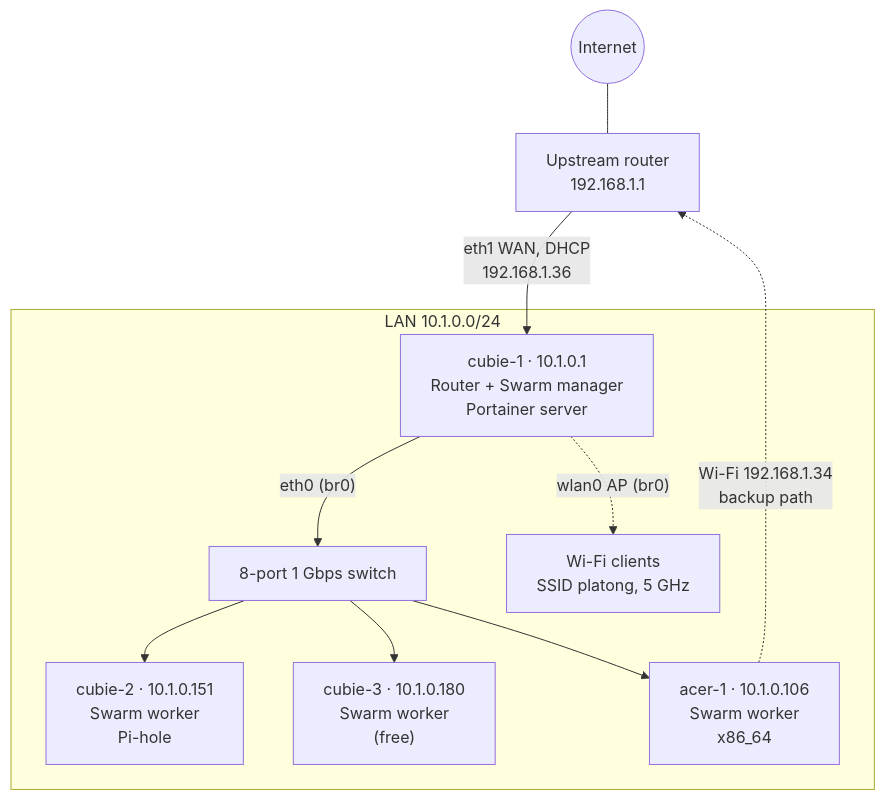
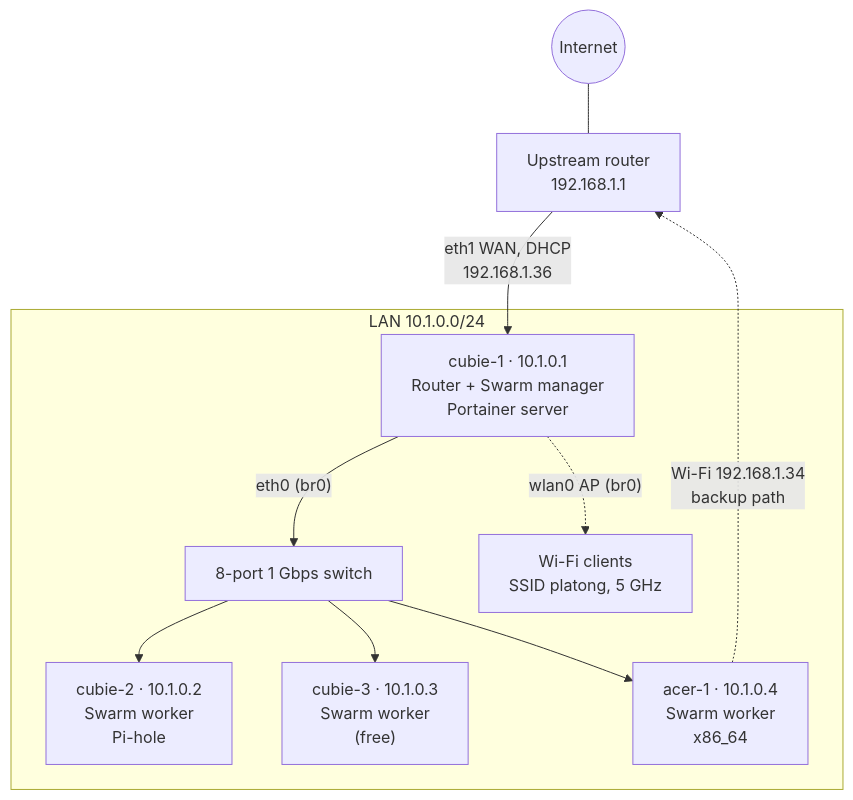
One commit to PLATONG34821/myCluster changed the diagram in README.md. Above: the diagram before and after it, drawn with Mermaid. The commit also changed other lines of this file and 8 other files, not shown here.

````diff
--- a/README.md
+++ b/README.md
@@ -11,23 +11,23 @@
 ```mermaid
 flowchart TB
     internet(("Internet"))
     upstream["Upstream router<br/>192.168.1.1"]
     internet --- upstream
 
     subgraph lan ["LAN 10.1.0.0/24"]
         c1["cubie-1 · 10.1.0.1<br/>Router + Swarm manager<br/>Portainer server"]
         sw["8-port 1 Gbps switch"]
         wifi["Wi-Fi clients<br/>SSID platong, 5 GHz"]
-        c2["cubie-2 · 10.1.0.151<br/>Swarm worker<br/>Pi-hole"]
-        c3["cubie-3 · 10.1.0.180<br/>Swarm worker<br/>(free)"]
-        acer["acer-1 · 10.1.0.106<br/>Swarm worker<br/>x86_64"]
+        c2["cubie-2 · 10.1.0.2<br/>Swarm worker<br/>Pi-hole"]
+        c3["cubie-3 · 10.1.0.3<br/>Swarm worker<br/>(free)"]
+        acer["acer-1 · 10.1.0.4<br/>Swarm worker<br/>x86_64"]
     end
 
     upstream -->|"eth1 WAN, DHCP<br/>192.168.1.36"| c1
     c1 -->|"eth0 (br0)"| sw
     c1 -.->|"wlan0 AP (br0)"| wifi
     sw --> c2
     sw --> c3
     sw --> acer
     acer -.->|"Wi-Fi 192.168.1.34<br/>backup path"| upstream
 ```
````
